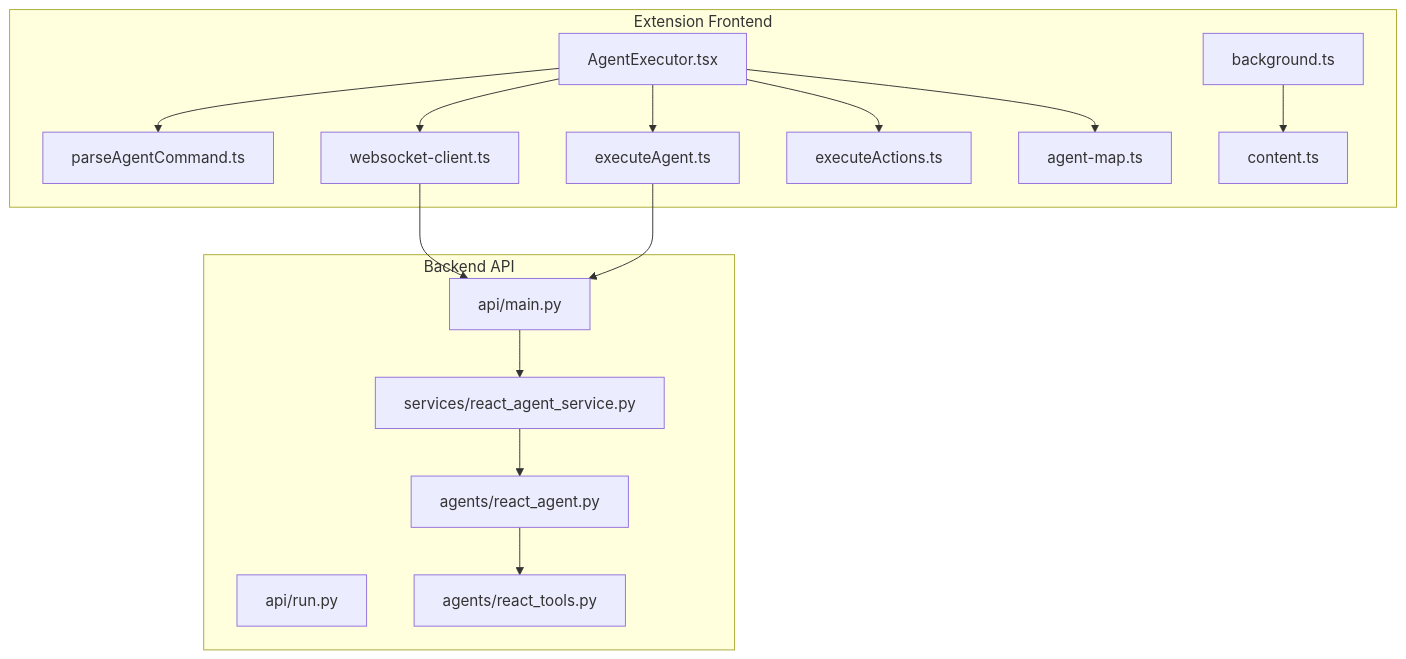
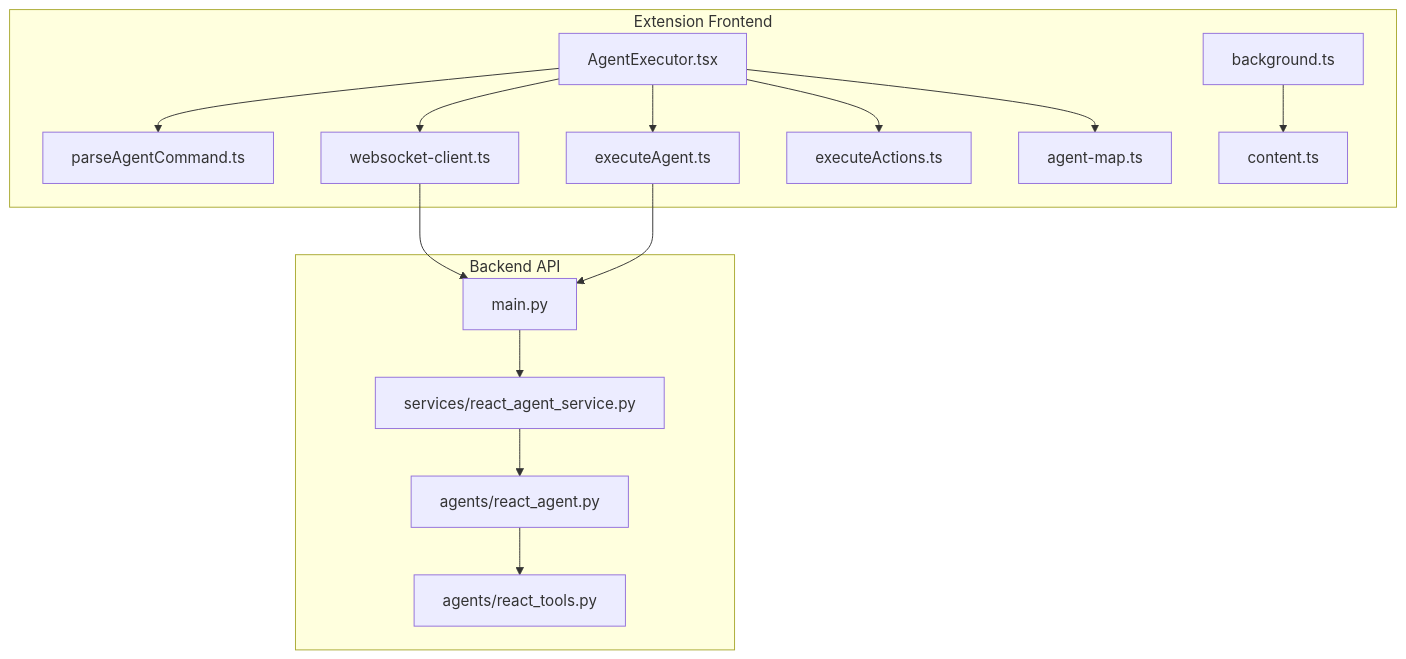
Before and after one commit to tashifkhan/tashif.codes: the first of 9 diagrams in src/data/docs/agentic-browser/Browser Extension/Agent Execution Engine.md, drawn with Mermaid. The commit also changed other lines of this file and 2128 other files, not shown here.

First line of the commit message:
docs: replace raster diagram images with native Mermaid across project guides

````diff
--- a/src/data/docs/agentic-browser/Browser Extension/Agent Execution Engine.md
+++ b/src/data/docs/agentic-browser/Browser Extension/Agent Execution Engine.md
@@ -18,31 +11,30 @@
 ```mermaid
 graph TB
 subgraph "Extension Frontend"
 UI["AgentExecutor.tsx"]
 Parser["parseAgentCommand.ts"]
 Executor["executeAgent.ts"]
 WS["websocket-client.ts"]
 Actions["executeActions.ts"]
 Map["agent-map.ts"]
 BG["background.ts"]
 CT["content.ts"]
 end
 subgraph "Backend API"
-API["api/main.py"]
-RUN["api/run.py"]
+API["main.py"]
 REACT_SVC["services/react_agent_service.py"]
 REACT_GRAPH["agents/react_agent.py"]
 REACT_TOOLS["agents/react_tools.py"]
 end
 UI --> Parser
 UI --> Executor
 UI --> WS
 UI --> Actions
 UI --> Map
 BG --> CT
 WS --> API
 Executor --> API
 API --> REACT_SVC
 REACT_SVC --> REACT_GRAPH
 REACT_GRAPH --> REACT_TOOLS
 ```
````
